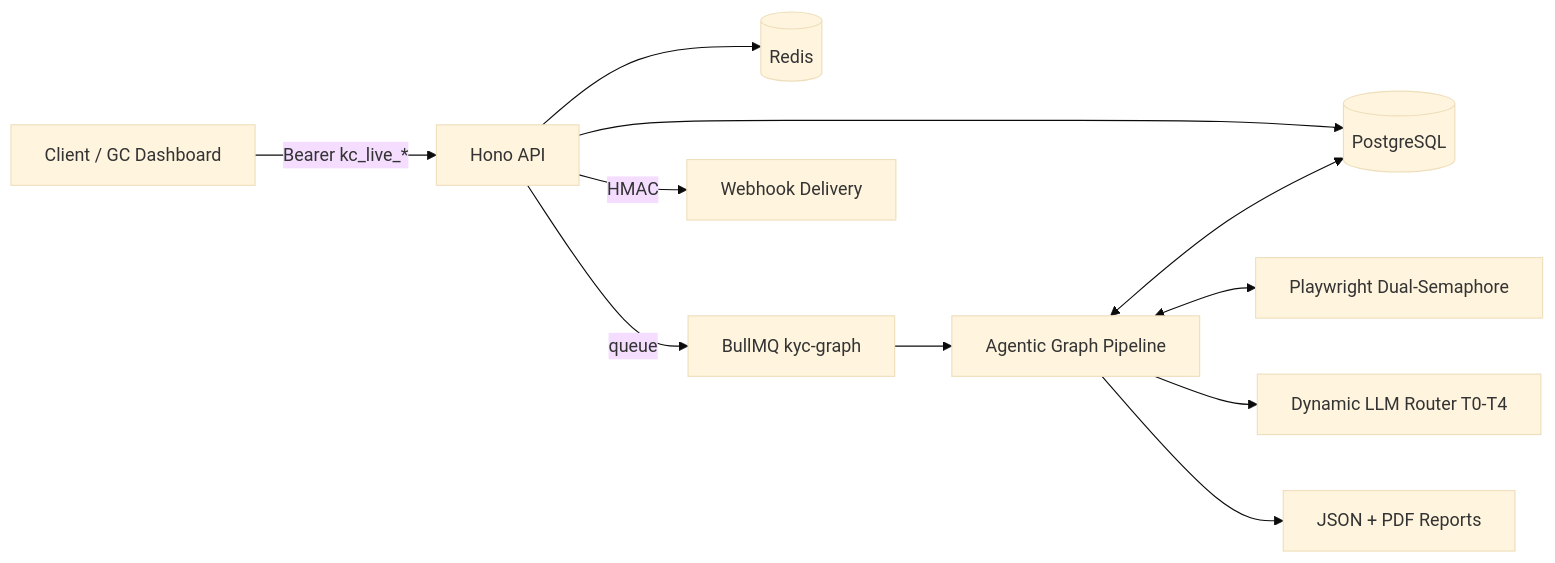
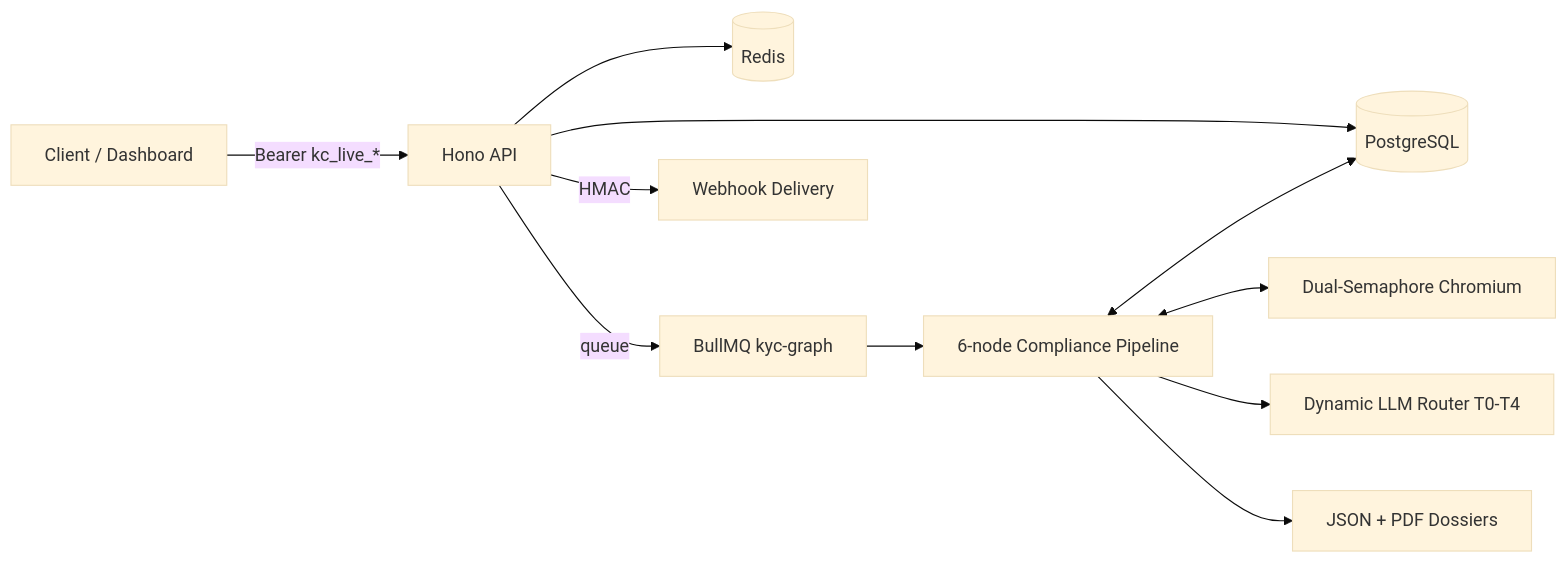
Before and after one commit to kakashi3lite/kyc-copilot: the first of 2 diagrams in README.md, drawn with Mermaid (base theme). The commit also changed other lines of this file, not shown here.

````diff
--- a/README.md
+++ b/README.md
@@ -41,13 +120,13 @@
 ```mermaid
 flowchart LR
-  Client[Client / GC Dashboard] -->|Bearer kc_live_*| Hono[Hono API]
+  Client[Client / Dashboard] -->|Bearer kc_live_*| Hono[Hono API]
   Hono --> DB[(PostgreSQL)]
   Hono --> Redis[(Redis)]
   Hono -->|queue| BullMQ[BullMQ kyc-graph]
-  BullMQ --> Graph[Agentic Graph Pipeline]
+  BullMQ --> Graph[6-node Compliance Pipeline]
   Graph <--> DB
-  Graph <--> Playwright[Playwright Dual-Semaphore]
+  Graph <--> Playwright[Dual-Semaphore Chromium]
   Graph --> LLM[Dynamic LLM Router T0-T4]
-  Graph --> Reports[JSON + PDF Reports]
+  Graph --> Reports[JSON + PDF Dossiers]
   Hono -->|HMAC| Webhooks[Webhook Delivery]
 ```
````
